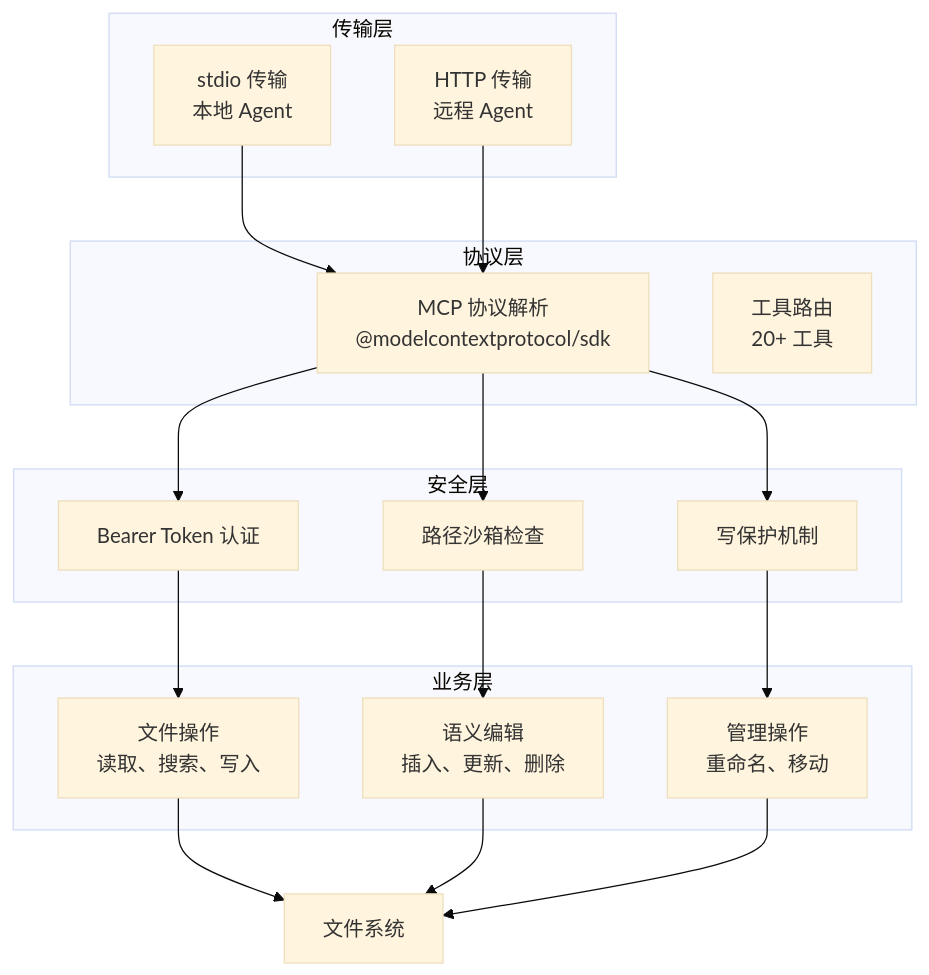
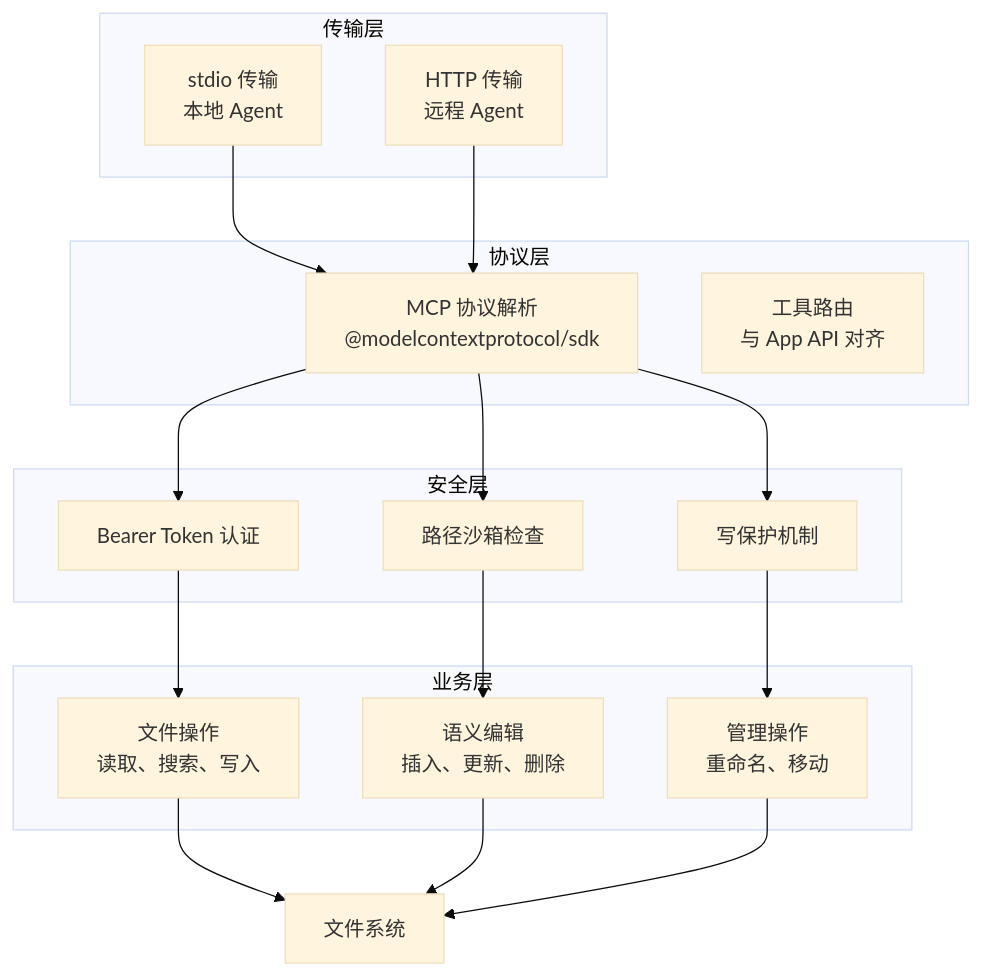
One commit to GeminiLight/MindOS changed the fifth of 12 diagrams in wiki/architecture-diagrams.md. Above: the diagram before and after it, drawn with Mermaid (base theme). The commit also changed other lines of this file and 111 other files, not shown here.

First line of the commit message:
feat: MindOS SKILL v1.3.0, template architecture overhaul, Docker support, Desktop & MCP improvements

````diff
--- a/wiki/architecture-diagrams.md
+++ b/wiki/architecture-diagrams.md
@@ -126,36 +126,36 @@
 ```mermaid
 graph TB
     subgraph "传输层"
         T1[stdio 传输<br/>本地 Agent]
         T2[HTTP 传输<br/>远程 Agent]
     end
     
     subgraph "协议层"
         P1[MCP 协议解析<br/>@modelcontextprotocol/sdk]
-        P2[工具路由<br/>20+ 工具]
+        P2[工具路由<br/>与 App API 对齐]
     end
     
     subgraph "安全层"
         S1[Bearer Token 认证]
         S2[路径沙箱检查]
         S3[写保护机制]
     end
     
     subgraph "业务层"
         B1[文件操作<br/>读取、搜索、写入]
         B2[语义编辑<br/>插入、更新、删除]
         B3[管理操作<br/>重命名、移动]
     end
     
     T1 --> P1
     T2 --> P1
     P1 --> S1
     P1 --> S2
     P1 --> S3
     S1 --> B1
     S2 --> B2
     S3 --> B3
     B1 --> FS[文件系统]
     B2 --> FS
     B3 --> FS
 ```
````
